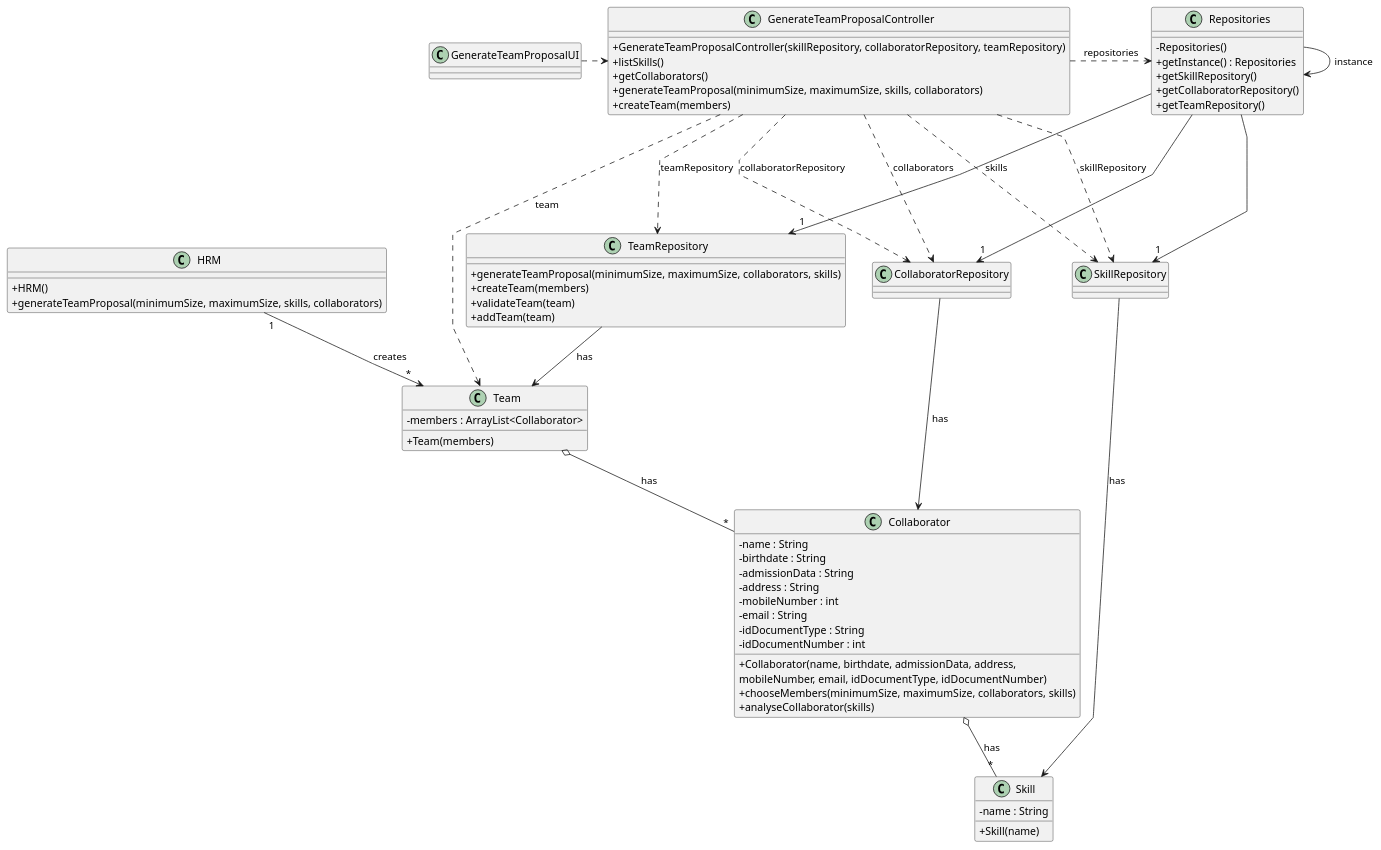
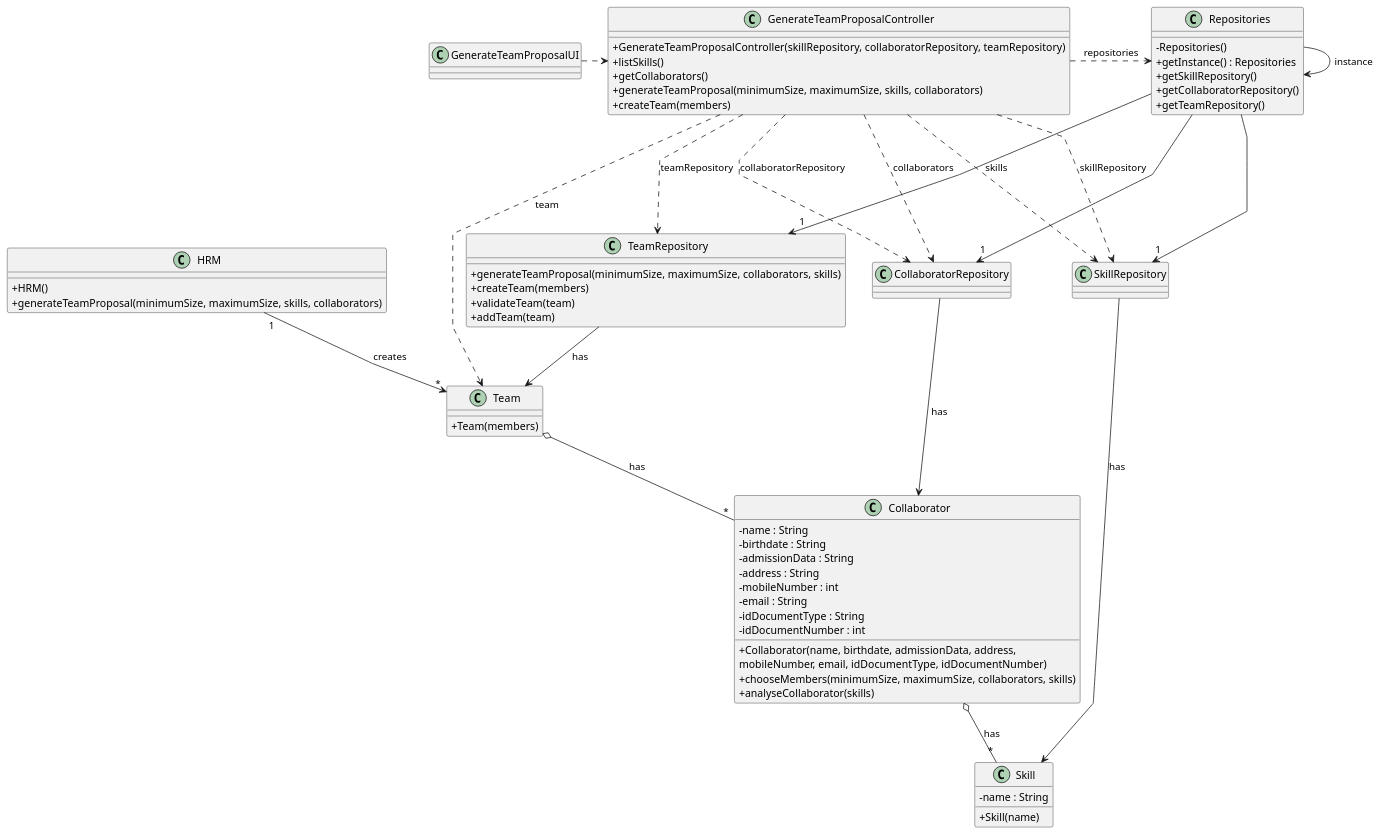
Before and after one commit to diogoveirospro/lei-24-s2-1dg-g072: the diagram in docs/sprintB/us005/03.design/puml/us005-class-diagram.puml, drawn with PlantUML. The commit also changed 10 other files, not shown here.

```diff
--- a/docs/sprintB/us005/03.design/puml/us005-class-diagram.puml
+++ b/docs/sprintB/us005/03.design/puml/us005-class-diagram.puml
@@ -1,101 +1,100 @@
 @startuml
 'skinparam monochrome true
 skinparam packageStyle rectangle
 skinparam shadowing false
 skinparam linetype polyline
 'skinparam linetype orto
 
 skinparam classAttributeIconSize 0
 
 'left to right direction
 
 class HRM {
     + HRM()
     + generateTeamProposal(minimumSize, maximumSize, skills, collaborators)
 }
 
 class GenerateTeamProposalController {
     + GenerateTeamProposalController(skillRepository, collaboratorRepository, teamRepository)
     + listSkills()
     + getCollaborators()
     + generateTeamProposal(minimumSize, maximumSize, skills, collaborators)
     + createTeam(members)
 }
 
 
 class GenerateTeamProposalUI {
 }
 
 class Repositories {
     - Repositories()
     + getInstance() : Repositories
     + getSkillRepository()
     + getCollaboratorRepository()
     + getTeamRepository()
 
 }
 
 class SkillRepository {
 
 }
 
 class CollaboratorRepository {
 
 }
 
 class TeamRepository {
     + generateTeamProposal(minimumSize, maximumSize, collaborators, skills)
     + createTeam(members)
     + validateTeam(team)
     + addTeam(team)
 }
 
 class Team {
-    - members : ArrayList<Collaborator>
     + Team(members)
 }
 
 class Collaborator {
     - name : String
     - birthdate : String
     - admissionData : String
     - address : String
     - mobileNumber : int
     - email : String
     - idDocumentType : String
     - idDocumentNumber : int
     + Collaborator(name, birthdate, admissionData, address, \nmobileNumber, email, idDocumentType, idDocumentNumber)
     + chooseMembers(minimumSize, maximumSize, collaborators, skills)
     + analyseCollaborator(skills)
 }
 
 class Skill {
     - name : String
     + Skill(name)
 }
 
 GenerateTeamProposalUI .> GenerateTeamProposalController
 GenerateTeamProposalController .> Repositories : repositories
 Repositories --> Repositories : instance
 
 Repositories ---> "1" SkillRepository
 Repositories ---> "1" CollaboratorRepository
 Repositories ---> "1" TeamRepository
 
 GenerateTeamProposalController .> SkillRepository : skillRepository
 GenerateTeamProposalController .> CollaboratorRepository : collaboratorRepository
 GenerateTeamProposalController .> TeamRepository : teamRepository
 
 HRM "1" --> "*" Team : creates
 Team  o-- "*" Collaborator : has
 Collaborator  o-- "*" Skill : has
 
 GenerateTeamProposalController .> Team : team
 GenerateTeamProposalController .> SkillRepository : skills
 GenerateTeamProposalController .> CollaboratorRepository: collaborators
 SkillRepository --> Skill : has
 CollaboratorRepository --> Collaborator : has
 TeamRepository --> Team : has
 
 
 @enduml
```
